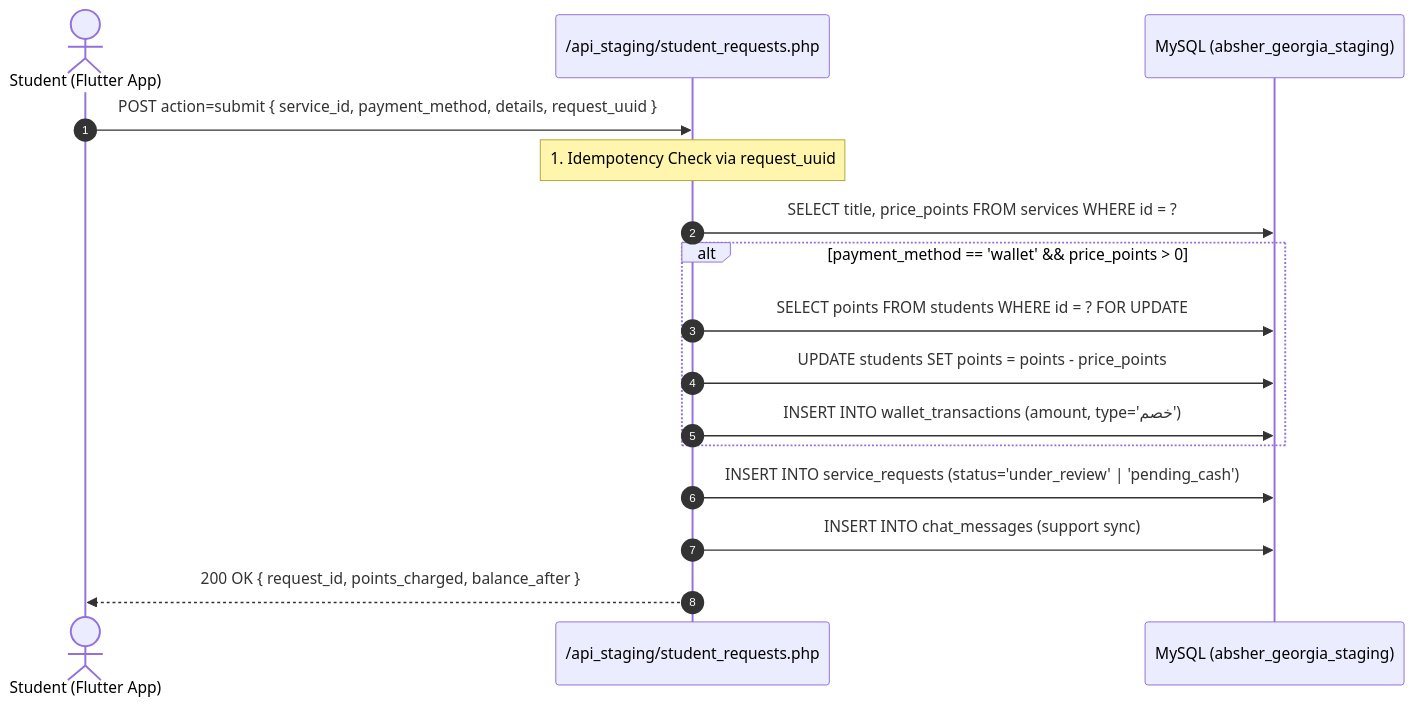
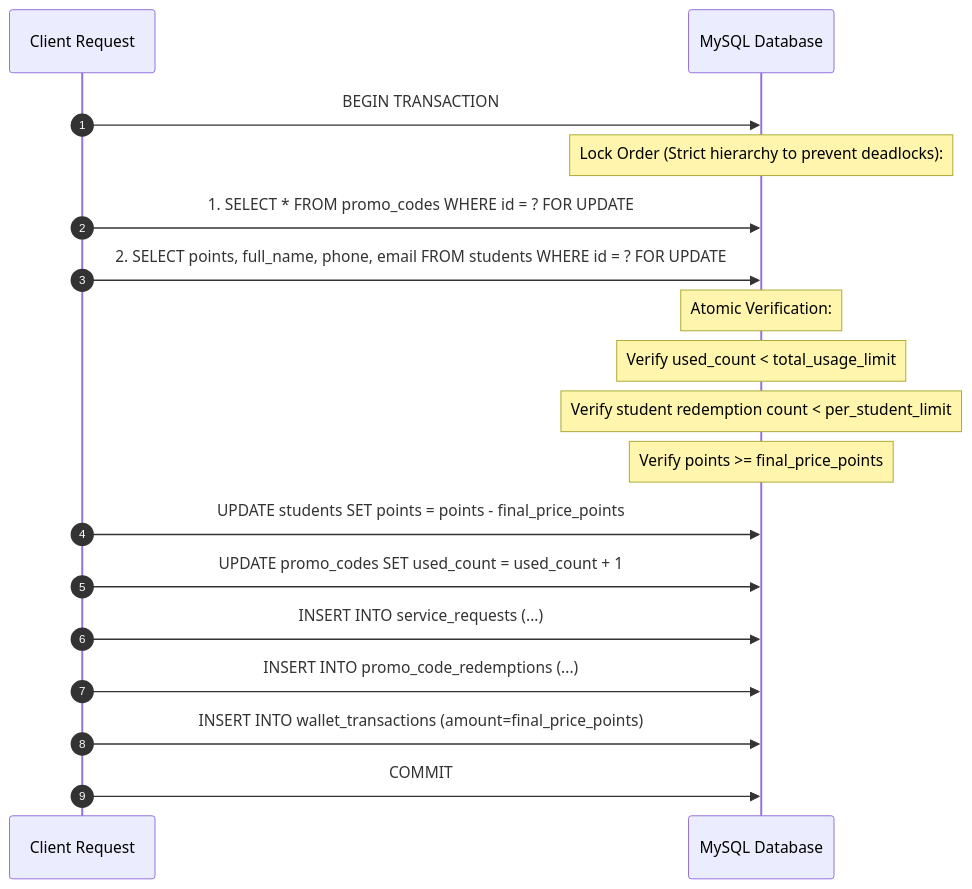
Before and after one commit to mowaleed99/absher: the first of 2 diagrams in docs/implementation_plan.md, drawn with Mermaid. The commit also changed other lines of this file, not shown here.

Commit message:
Update Phase 6A Master Plan with confirmed Wallet-Only decision and architecture refinements

````diff
--- a/docs/implementation_plan.md
+++ b/docs/implementation_plan.md
@@ -67,19 +289,21 @@
 ```mermaid
 sequenceDiagram
     autonumber
-    actor Student as Student (Flutter App)
-    participant API as /api_staging/student_requests.php
-    participant DB as MySQL (absher_georgia_staging)
+    participant Client as Client Request
+    participant DB as MySQL Database
 
-    Student->>API: POST action=submit { service_id, payment_method, details, request_uuid }
-    Note over API: 1. Idempotency Check via request_uuid
-    API->>DB: SELECT title, price_points FROM services WHERE id = ?
-    alt payment_method == 'wallet' && price_points > 0
-        API->>DB: SELECT points FROM students WHERE id = ? FOR UPDATE
-        API->>DB: UPDATE students SET points = points - price_points
-        API->>DB: INSERT INTO wallet_transactions (amount, type='خصم')
-    end
-    API->>DB: INSERT INTO service_requests (status='under_review' | 'pending_cash')
-    API->>DB: INSERT INTO chat_messages (support sync)
-    API-->>Student: 200 OK { request_id, points_charged, balance_after }
+    Client->>DB: BEGIN TRANSACTION
+    Note over DB: Lock Order (Strict hierarchy to prevent deadlocks):
+    Client->>DB: 1. SELECT * FROM promo_codes WHERE id = ? FOR UPDATE
+    Client->>DB: 2. SELECT points, full_name, phone, email FROM students WHERE id = ? FOR UPDATE
+    Note over DB: Atomic Verification:
+    Note over DB: Verify used_count < total_usage_limit
+    Note over DB: Verify student redemption count < per_student_limit
+    Note over DB: Verify points >= final_price_points
+    Client->>DB: UPDATE students SET points = points - final_price_points
+    Client->>DB: UPDATE promo_codes SET used_count = used_count + 1
+    Client->>DB: INSERT INTO service_requests (...)
+    Client->>DB: INSERT INTO promo_code_redemptions (...)
+    Client->>DB: INSERT INTO wallet_transactions (amount=final_price_points)
+    Client->>DB: COMMIT
 ```
````
